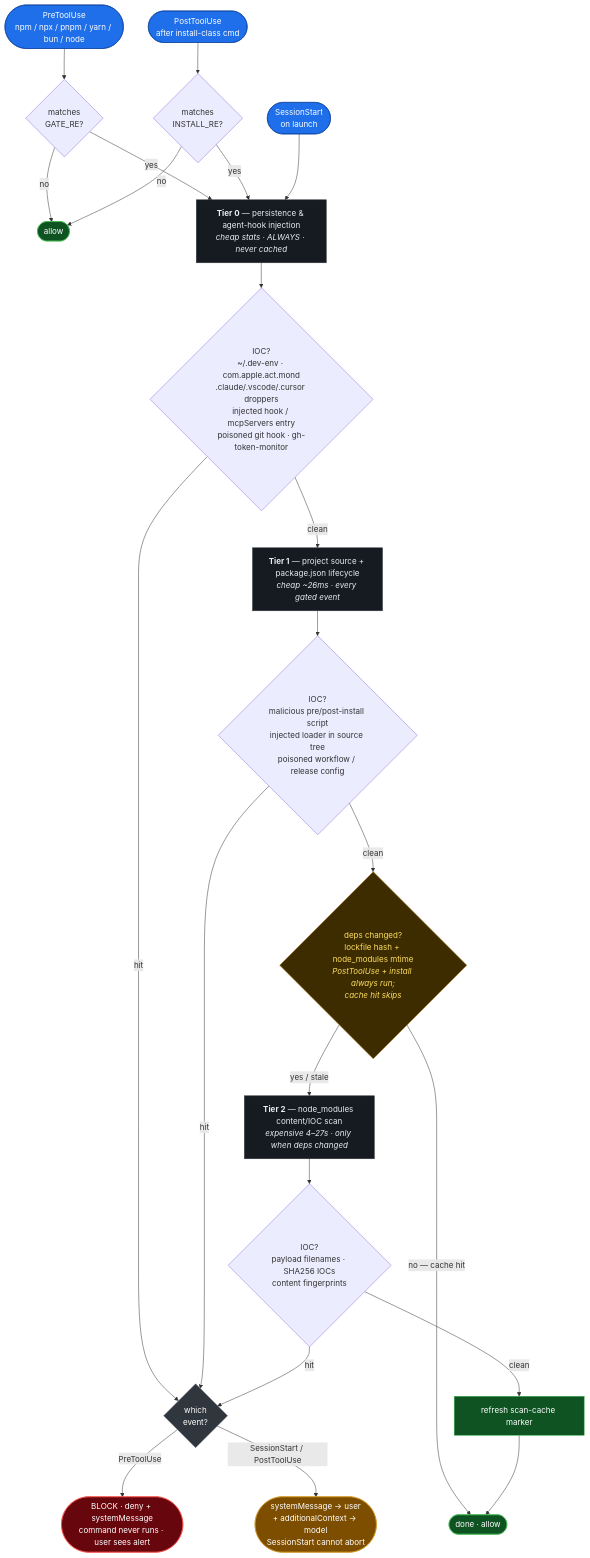
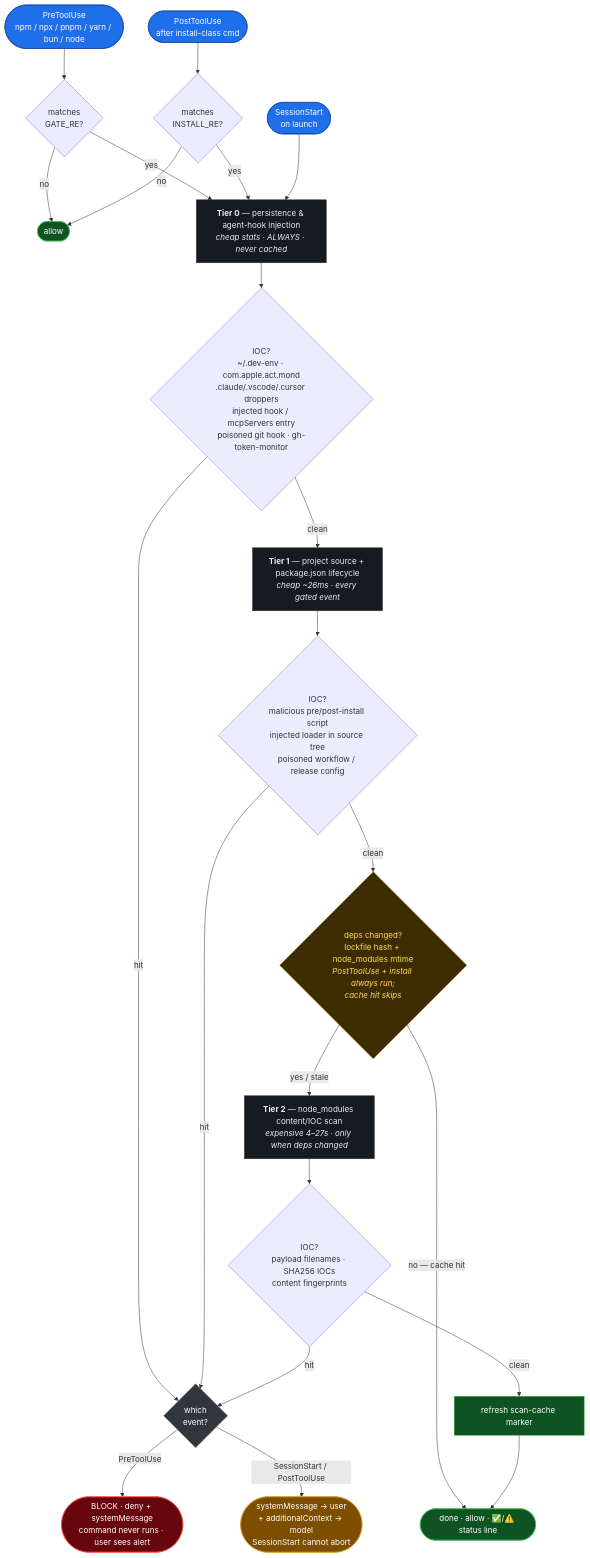
Before and after one commit to notambourine/wormhook: the diagram in README.md, drawn with Mermaid. The commit also changed other lines of this file and 1 other file, not shown here.

First line of the commit message:
feat: always-on status line — ✅ clean / ⚠️ degraded, and timeouts no longer pass as clean

````diff
--- a/README.md
+++ b/README.md
@@ -32,50 +32,50 @@
 ```mermaid
 flowchart TD
     A([SessionStart<br/>on launch]):::evt
     B([PreToolUse<br/>npm / npx / pnpm / yarn / bun / node]):::evt
     C([PostToolUse<br/>after install-class cmd]):::evt
 
     B --> Bg{matches<br/>GATE_RE?}
     Bg -- no --> ALLOW
     Bg -- yes --> T0
     C --> Cg{matches<br/>INSTALL_RE?}
     Cg -- no --> ALLOW
     Cg -- yes --> T0
     A --> T0
 
     T0["<b>Tier 0</b> — persistence &amp; agent-hook injection<br/><i>cheap stats · ALWAYS · never cached</i>"]:::tier
     T0 --> T0c{IOC?<br/>~/.dev-env · com.apple.act.mond<br/>.claude/.vscode/.cursor droppers<br/>injected hook / mcpServers entry<br/>poisoned git hook · gh-token-monitor}
     T0c -- hit --> G
     T0c -- clean --> T1
 
     T1["<b>Tier 1</b> — project source + package.json lifecycle<br/><i>cheap ~26ms · every gated event</i>"]:::tier
     T1 --> T1c{IOC?<br/>malicious pre/post-install script<br/>injected loader in source tree<br/>poisoned workflow / release config}
     T1c -- hit --> G
     T1c -- clean --> CACHE
 
     CACHE{deps changed?<br/>lockfile hash + node_modules mtime<br/><i>PostToolUse + install always run;<br/>cache hit skips</i>}:::cache
     CACHE -- "no — cache hit" --> DONE
     CACHE -- "yes / stale" --> T2
 
     T2["<b>Tier 2</b> — node_modules content/IOC scan<br/><i>expensive 4–27s · only when deps changed</i>"]:::tier
     T2 --> T2c{IOC?<br/>payload filenames · SHA256 IOCs<br/>content fingerprints}
     T2c -- hit --> G
     T2c -- clean --> REFRESH
 
     REFRESH[refresh scan-cache marker]:::ok --> DONE
 
     G{which<br/>event?}:::guard
     G -- PreToolUse --> BLOCK([BLOCK · deny + systemMessage<br/>command never runs · user sees alert]):::block
     G -- "SessionStart / PostToolUse" --> SURFACE([systemMessage → user<br/>+ additionalContext → model<br/>SessionStart cannot abort]):::warn
 
     ALLOW([allow]):::ok
-    DONE([done · allow]):::ok
+    DONE([done · allow · ✅/⚠️ status line]):::ok
 
     classDef evt fill:#1f6feb,stroke:#0d419d,color:#fff
     classDef tier fill:#161b22,stroke:#30363d,color:#e6edf3
     classDef cache fill:#3d2c00,stroke:#9e6a03,color:#ffdf5d
     classDef guard fill:#30363d,stroke:#6e7681,color:#fff
     classDef block fill:#67060c,stroke:#f85149,color:#fff
     classDef warn fill:#7d4e00,stroke:#d29922,color:#fff
     classDef ok fill:#0f5323,stroke:#3fb950,color:#fff
 ```
````
